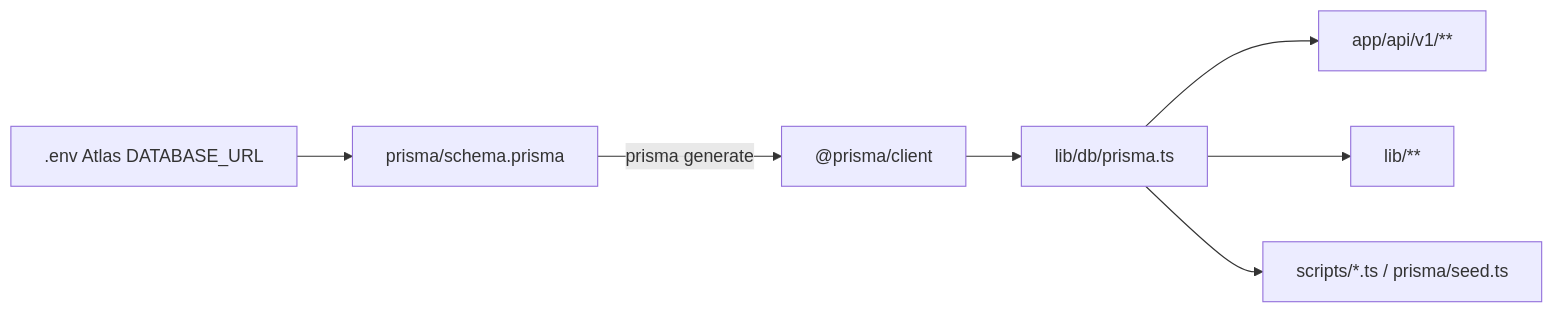
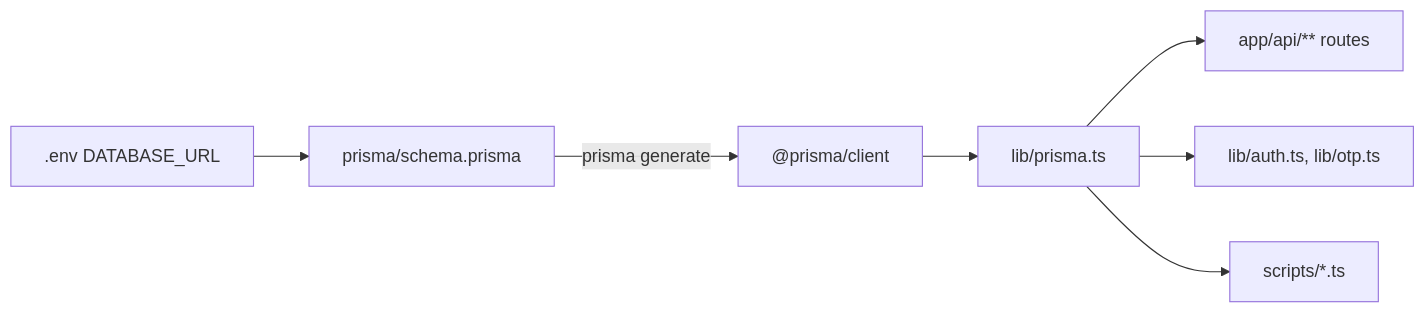
One commit to psmpasupathi009/mlf changed the first of 2 diagrams in prisma_db_docs_3e7e8f9d.plan.md. Above: the diagram before and after it, drawn with Mermaid. The commit also changed other lines of this file and 9 other files, not shown here.

````diff
--- a/prisma_db_docs_3e7e8f9d.plan.md
+++ b/prisma_db_docs_3e7e8f9d.plan.md
@@ -38,9 +35,9 @@
 ```mermaid
 flowchart LR
-  env[".env Atlas DATABASE_URL"] --> schema["prisma/schema.prisma"]
+  env[".env DATABASE_URL"] --> schema["prisma/schema.prisma"]
   schema -->|"prisma generate"| client["@prisma/client"]
-  client --> singleton["lib/db/prisma.ts"]
-  singleton --> apis["app/api/v1/**"]
-  singleton --> libs["lib/**"]
-  singleton --> scripts["scripts/*.ts / prisma/seed.ts"]
+  client --> singleton["lib/prisma.ts"]
+  singleton --> apis["app/api/** routes"]
+  singleton --> libs["lib/auth.ts, lib/otp.ts"]
+  singleton --> scripts["scripts/*.ts"]
 ```
````
